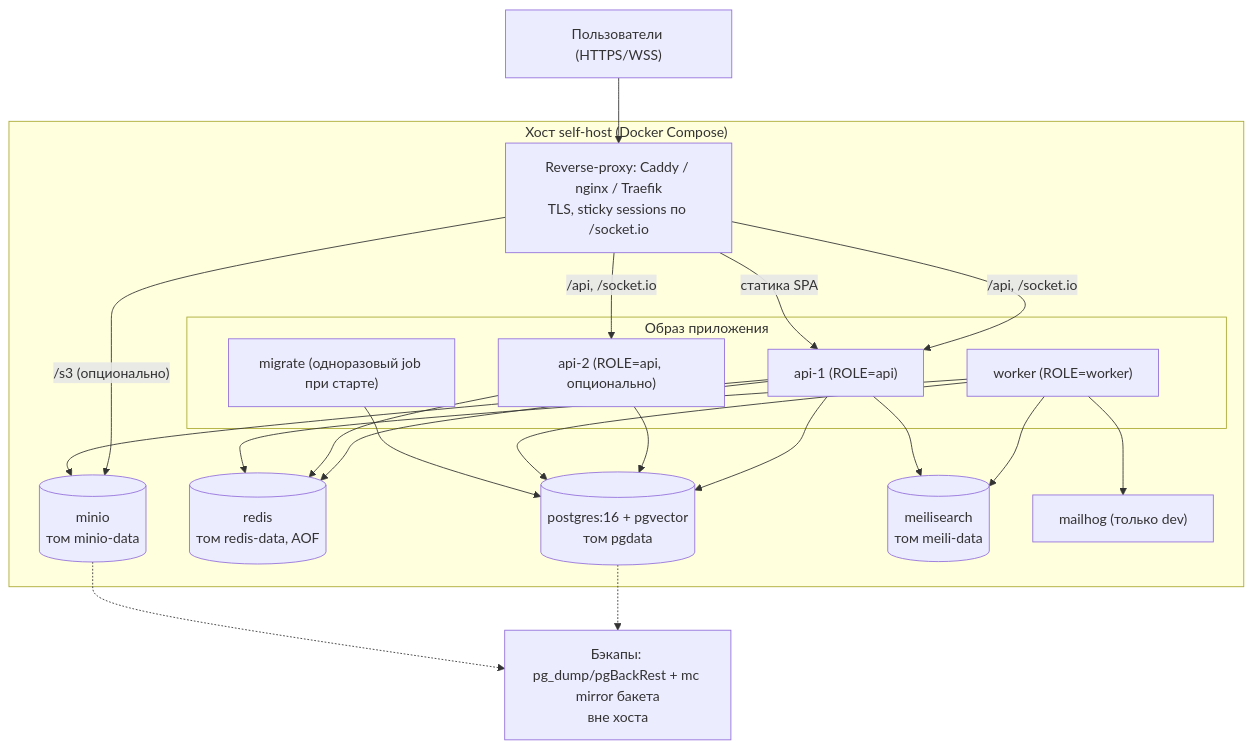
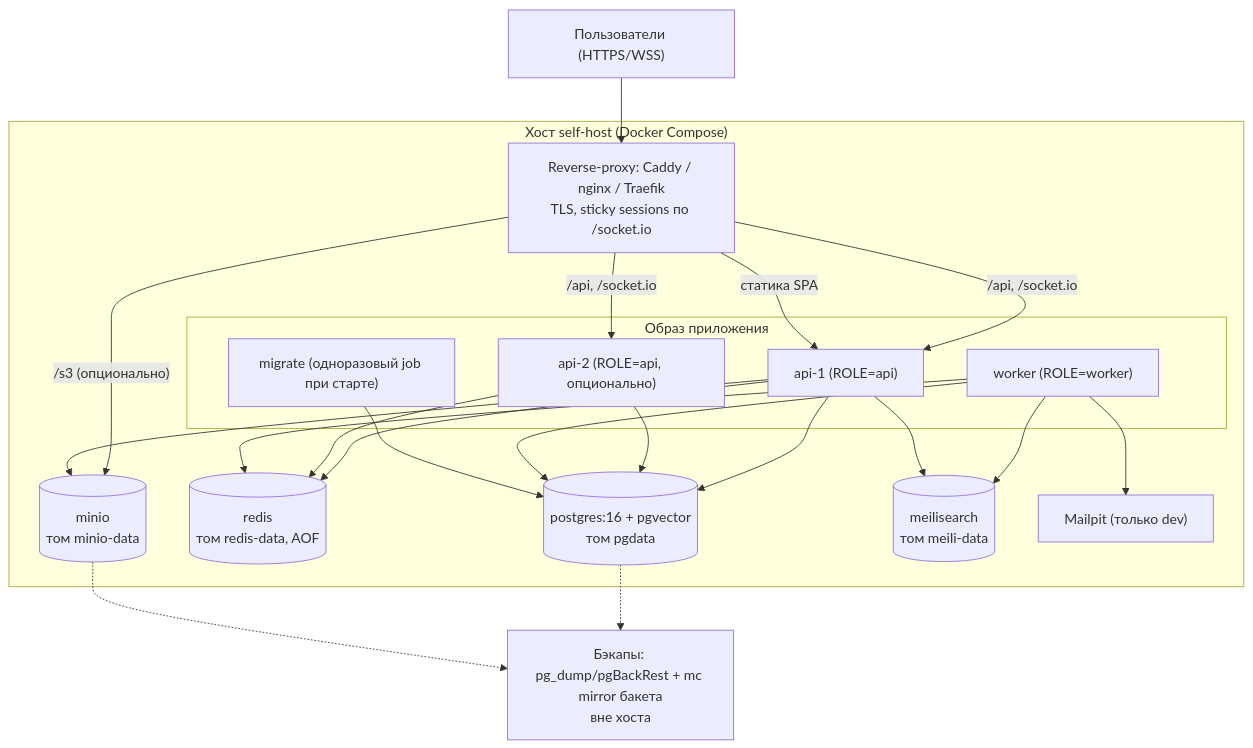
One commit to code0verdose/bad-crm changed the ninth of 9 diagrams in docs/architecture/overview.md. Above: the diagram before and after it, drawn with Mermaid. The commit also changed other lines of this file and 163 other files, not shown here.

````diff
--- a/docs/architecture/overview.md
+++ b/docs/architecture/overview.md
@@ -642,44 +642,44 @@
 ```mermaid
 flowchart TB
     users["Пользователи (HTTPS/WSS)"]
 
     subgraph host["Хост self-host (Docker Compose)"]
         proxy["Reverse-proxy: Caddy / nginx / Traefik<br/>TLS, sticky sessions по /socket.io"]
 
         subgraph app["Образ приложения"]
             api1["api-1 (ROLE=api)"]
             api2["api-2 (ROLE=api, опционально)"]
             wrk["worker (ROLE=worker)"]
             mig["migrate (одноразовый job при старте)"]
         end
 
         pg[("postgres:16 + pgvector<br/>том pgdata")]
         redis[("redis<br/>том redis-data, AOF")]
         minio[("minio<br/>том minio-data")]
         meili[("meilisearch<br/>том meili-data")]
-        mail["mailhog (только dev)"]
+        mail["Mailpit (только dev)"]
     end
 
     backup["Бэкапы: pg_dump/pgBackRest + mc mirror бакета<br/>вне хоста"]
 
     users --> proxy
     proxy -->|"/api, /socket.io"| api1
     proxy -->|"/api, /socket.io"| api2
     proxy -->|"статика SPA"| api1
     proxy -->|"/s3 (опционально)"| minio
 
     api1 --> pg
     api2 --> pg
     wrk --> pg
     api1 --> redis
     api2 --> redis
     wrk --> redis
     api1 --> minio
     wrk --> meili
     api1 --> meili
     wrk --> mail
     mig --> pg
 
     pg -.-> backup
     minio -.-> backup
 ```
````
